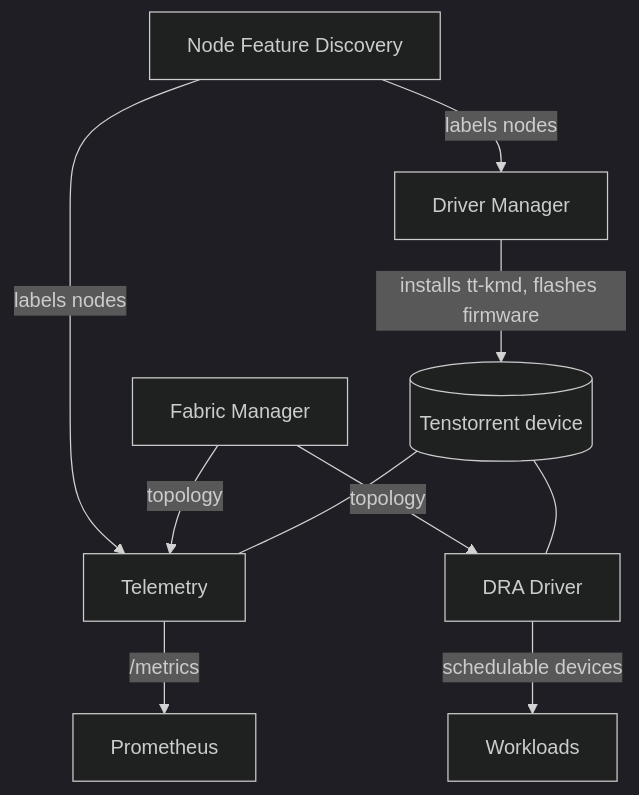
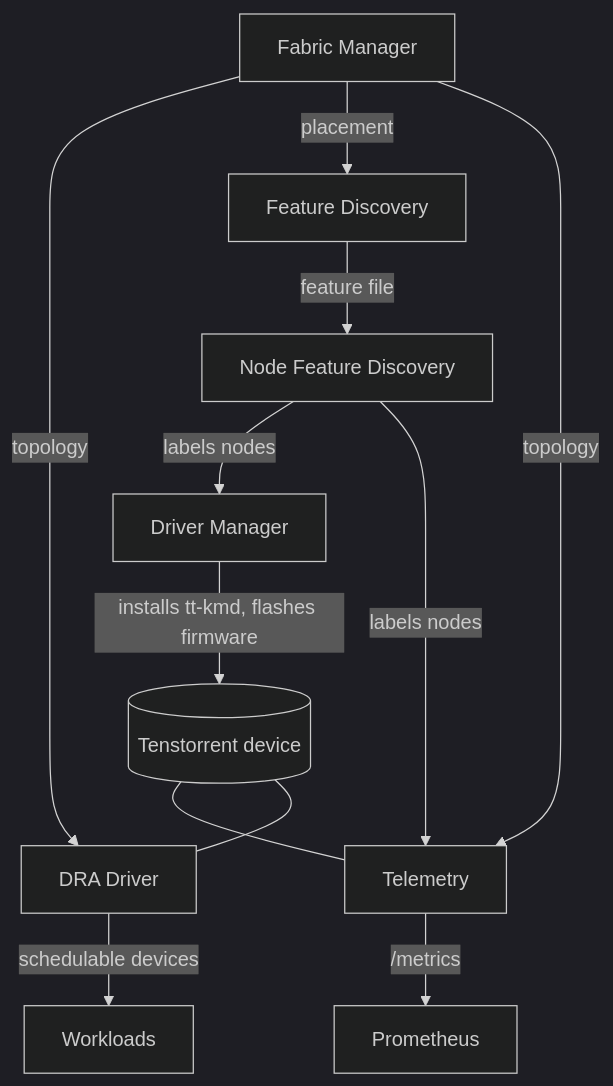
The diagram in docs/overview.md (tenstorrent/tt-operator), drawn with Mermaid (dark theme) before and after one commit. The commit also changed other lines of this file and 25 other files, not shown here.

First line of the commit message:
chart: add tt-feature-discovery subchart (tenstorrent.com/* node labels) (#204)

````diff
--- a/docs/overview.md
+++ b/docs/overview.md
@@ -24,12 +25,14 @@
 ```{mermaid}
 flowchart TD
-    NFD[Node Feature Discovery] -->|labels nodes| DM[Driver Manager]
+    FD[Feature Discovery] -->|feature file| NFD[Node Feature Discovery]
+    NFD -->|labels nodes| DM[Driver Manager]
     NFD -->|labels nodes| TEL[Telemetry]
     DM -->|installs tt-kmd, flashes firmware| DEV[(Tenstorrent device)]
     TEL -->|/metrics| PROM[Prometheus]
     FM[Fabric Manager] -->|topology| DRA[DRA Driver]
+    FM -->|placement| FD
     FM -->|topology| TEL
     DRA -->|schedulable devices| WL[Workloads]
     DEV --- TEL
     DEV --- DRA
 ```
````
